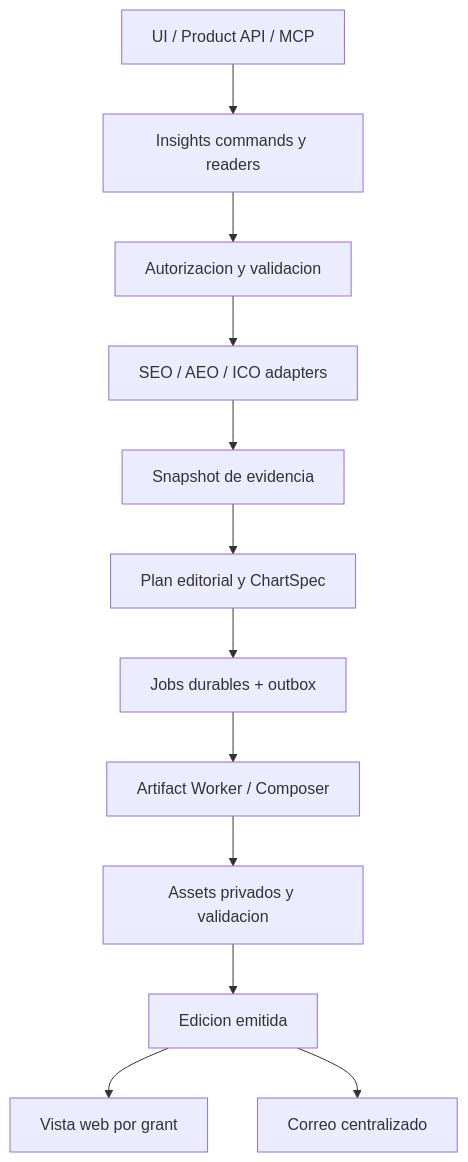
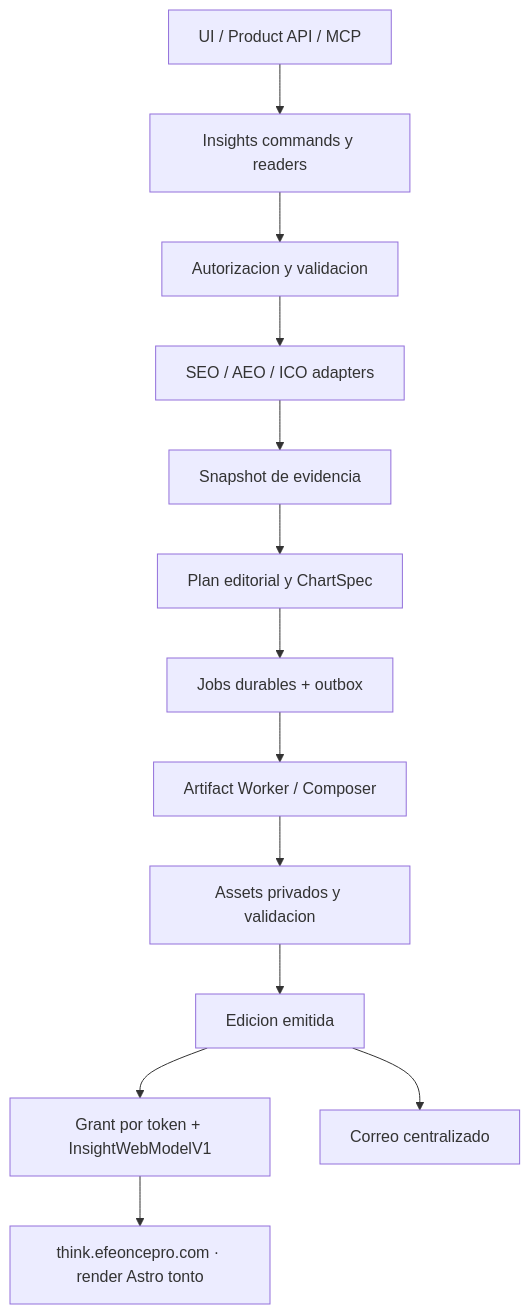
One commit to efeoncepro/greenhouse-eo changed the diagram in docs/architecture/EFEONCE_INSIGHTS_ARCHITECTURE_V1.md. Above: the diagram before and after it, drawn with Mermaid. The commit also changed other lines of this file and 657 other files, not shown here.

````diff
--- a/docs/architecture/EFEONCE_INSIGHTS_ARCHITECTURE_V1.md
+++ b/docs/architecture/EFEONCE_INSIGHTS_ARCHITECTURE_V1.md
@@ -52,14 +53,15 @@
 ```mermaid
 flowchart TD
   Clients[UI / Product API / MCP] --> Commands[Insights commands y readers]
   Commands --> Policy[Autorizacion y validacion]
   Policy --> Adapters[SEO / AEO / ICO adapters]
   Adapters --> Evidence[Snapshot de evidencia]
   Evidence --> Plan[Plan editorial y ChartSpec]
   Plan --> Outbox[Jobs durables + outbox]
   Outbox --> Worker[Artifact Worker / Composer]
   Worker --> Outputs[Assets privados y validacion]
   Outputs --> Edition[Edicion emitida]
-  Edition --> Web[Vista web por grant]
+  Edition --> Share[Grant por token + InsightWebModelV1]
+  Share --> Think[think.efeoncepro.com · render Astro tonto]
   Edition --> Delivery[Correo centralizado]
 ```
````
